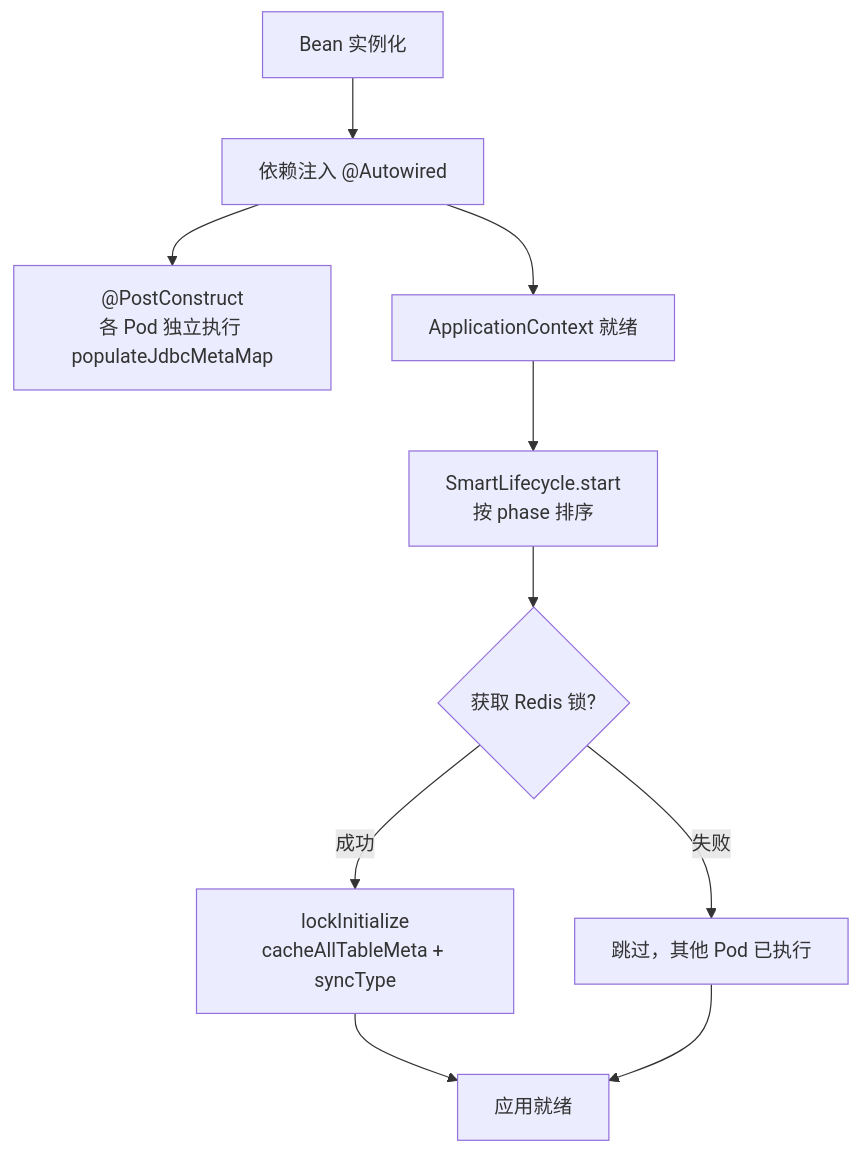
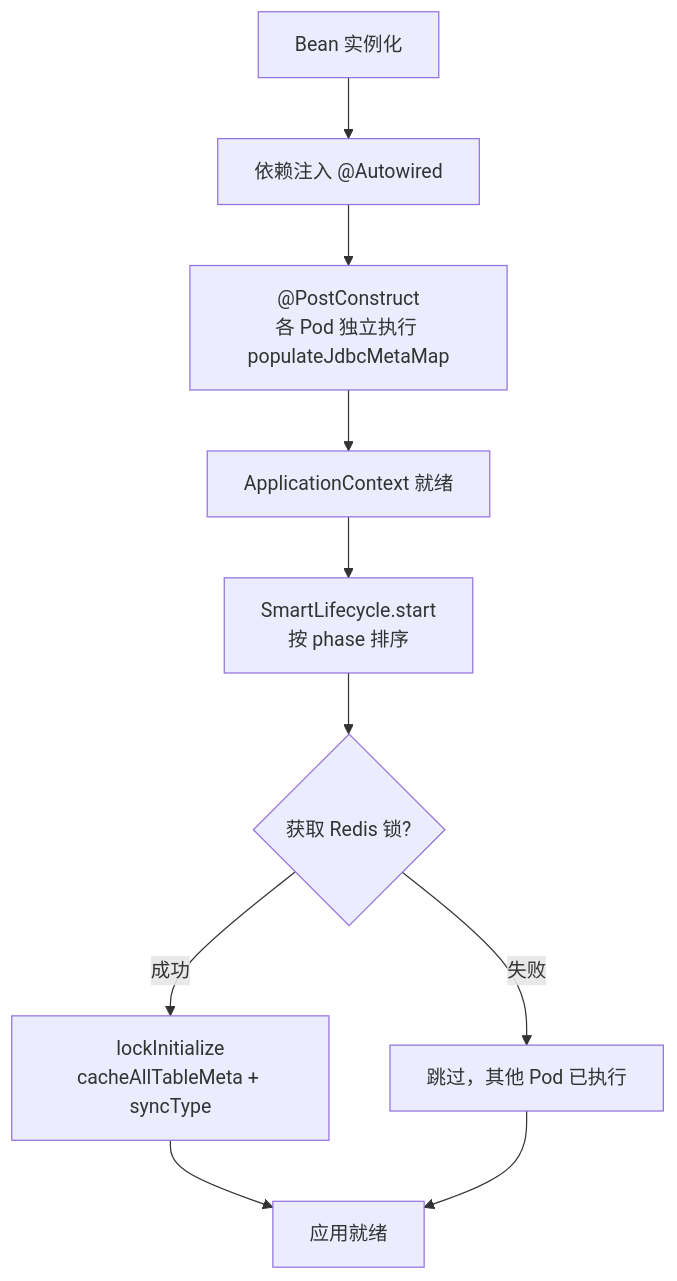
Before and after one commit to gadfly3173/gadfly3173.github.io: the second of 8 diagrams in source/_posts/2026/05/timing-issues-in-business-development.md, drawn with Mermaid. The commit also changed other lines of this file, not shown here.

````diff
--- a/source/_posts/2026/05/timing-issues-in-business-development.md
+++ b/source/_posts/2026/05/timing-issues-in-business-development.md
@@ -178,12 +178,12 @@
 ```mermaid
 flowchart TD
     A[Bean 实例化] --> B[依赖注入 @Autowired]
     B --> C["@PostConstruct<br/>各 Pod 独立执行 populateJdbcMetaMap"]
-    B --> D[ApplicationContext 就绪]
-    D --> E[SmartLifecycle.start<br/>按 phase 排序]
+    C --> D[ApplicationContext 就绪]
+    D --> E["SmartLifecycle.start<br/>按 phase 排序"]
     E --> F{获取 Redis 锁?}
-    F -->|成功| G[lockInitialize<br/>cacheAllTableMeta + syncType]
+    F -->|成功| G["lockInitialize<br/>cacheAllTableMeta + syncType"]
     F -->|失败| H[跳过，其他 Pod 已执行]
     G --> I[应用就绪]
     H --> I
 ```
````
